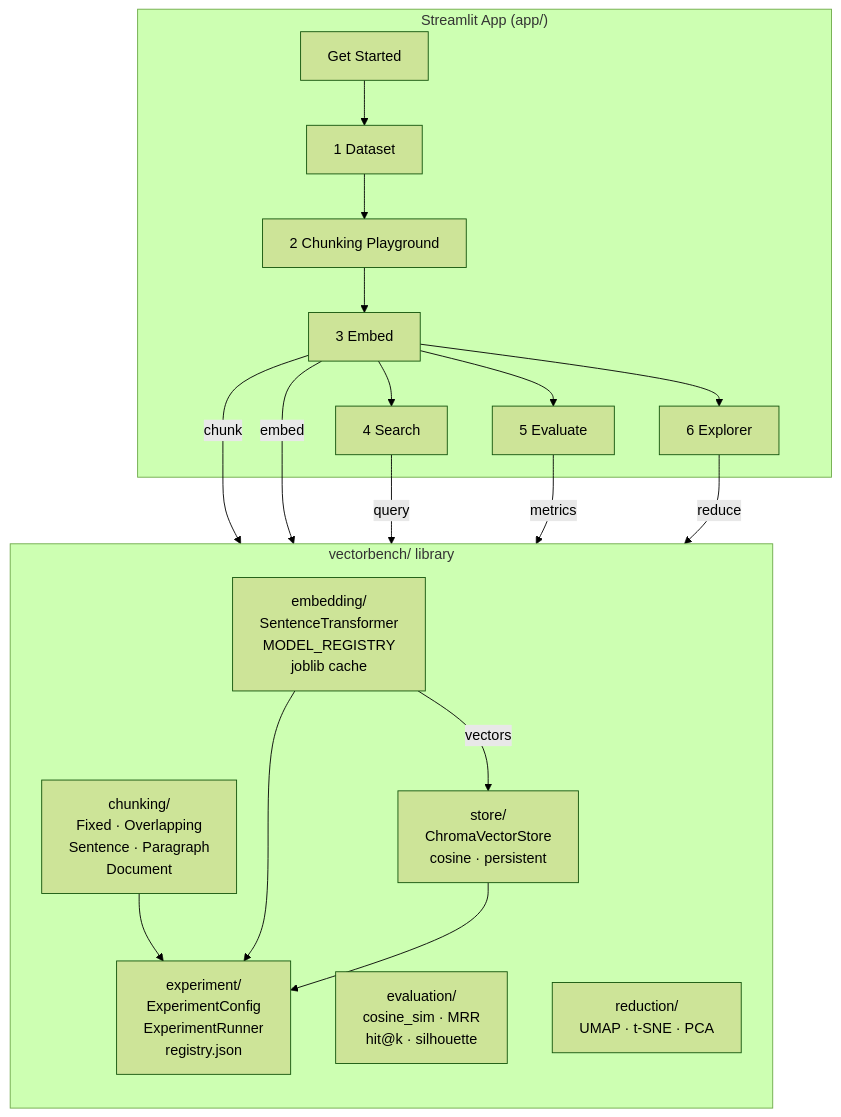
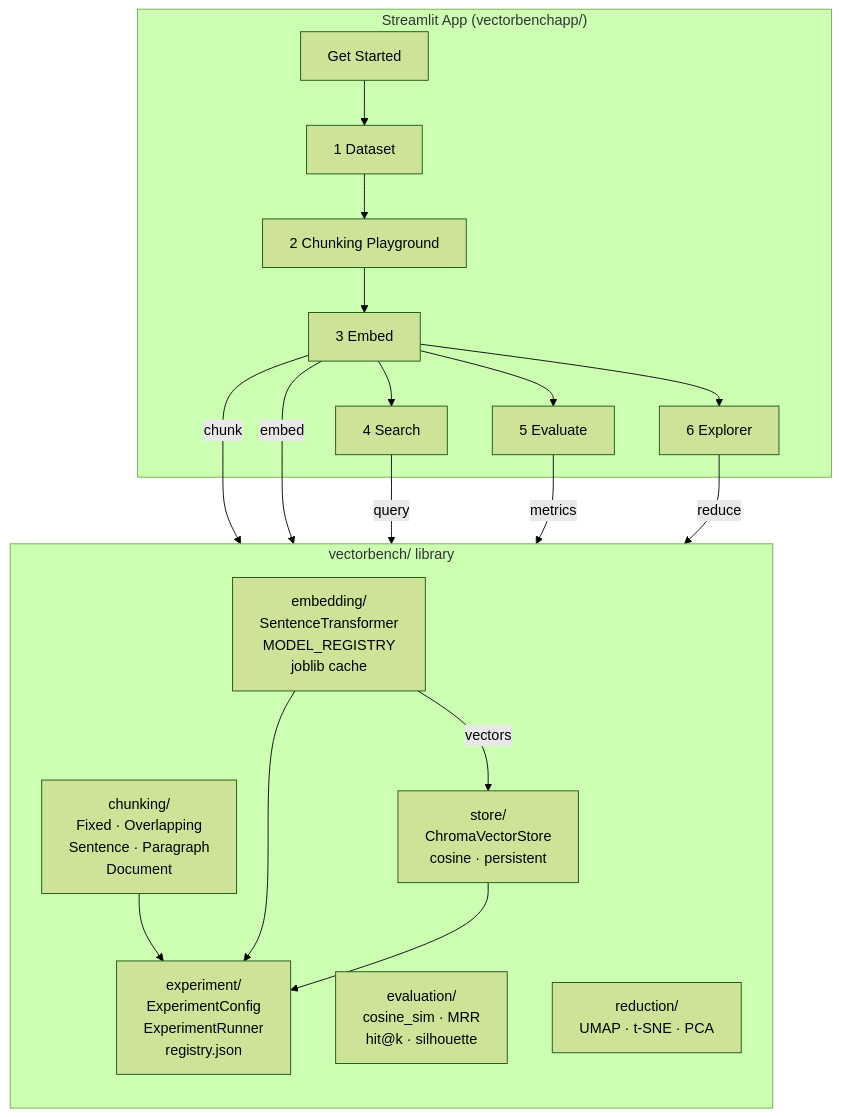
One commit to GeckoLogic/vector-bench changed the diagram in README.md. Above: the diagram before and after it, drawn with Mermaid (forest theme). The commit also changed other lines of this file and 15 other files, not shown here.

````diff
--- a/README.md
+++ b/README.md
@@ -57,29 +57,29 @@
 ```mermaid
 flowchart TD
-    subgraph UI["Streamlit App (app/)"]
+    subgraph UI["Streamlit App (vectorbenchapp/)"]
         P0[Get Started] --> P1[1 Dataset]
         P1 --> P2[2 Chunking Playground]
         P2 --> P3[3 Embed]
         P3 --> P4[4 Search]
         P3 --> P5[5 Evaluate]
         P3 --> P6[6 Explorer]
     end
 
     subgraph Core["vectorbench/ library"]
         direction TB
         CH[chunking/\nFixed · Overlapping\nSentence · Paragraph\nDocument]
         EM[embedding/\nSentenceTransformer\nMODEL_REGISTRY\njoblib cache]
         ST[store/\nChromaVectorStore\ncosine · persistent]
         EV[evaluation/\ncosine_sim · MRR\nhit@k · silhouette]
         RE[reduction/\nUMAP · t-SNE · PCA]
         EX[experiment/\nExperimentConfig\nExperimentRunner\nregistry.json]
     end
 
     P3 -- chunk --> CH
     P3 -- embed --> EM
     EM -- vectors --> ST
     P4 -- query --> ST
     P5 -- metrics --> EV
     P6 -- reduce --> RE
     CH & EM & ST --> EX
 ```
````
